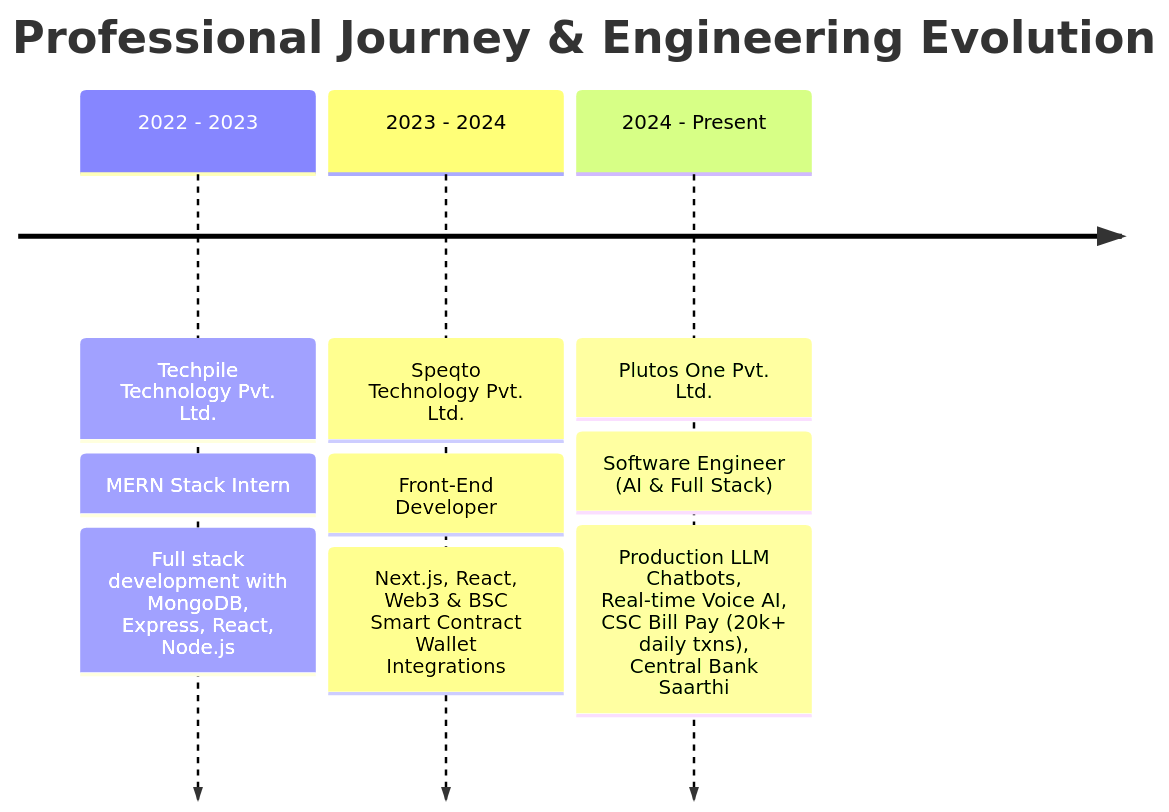
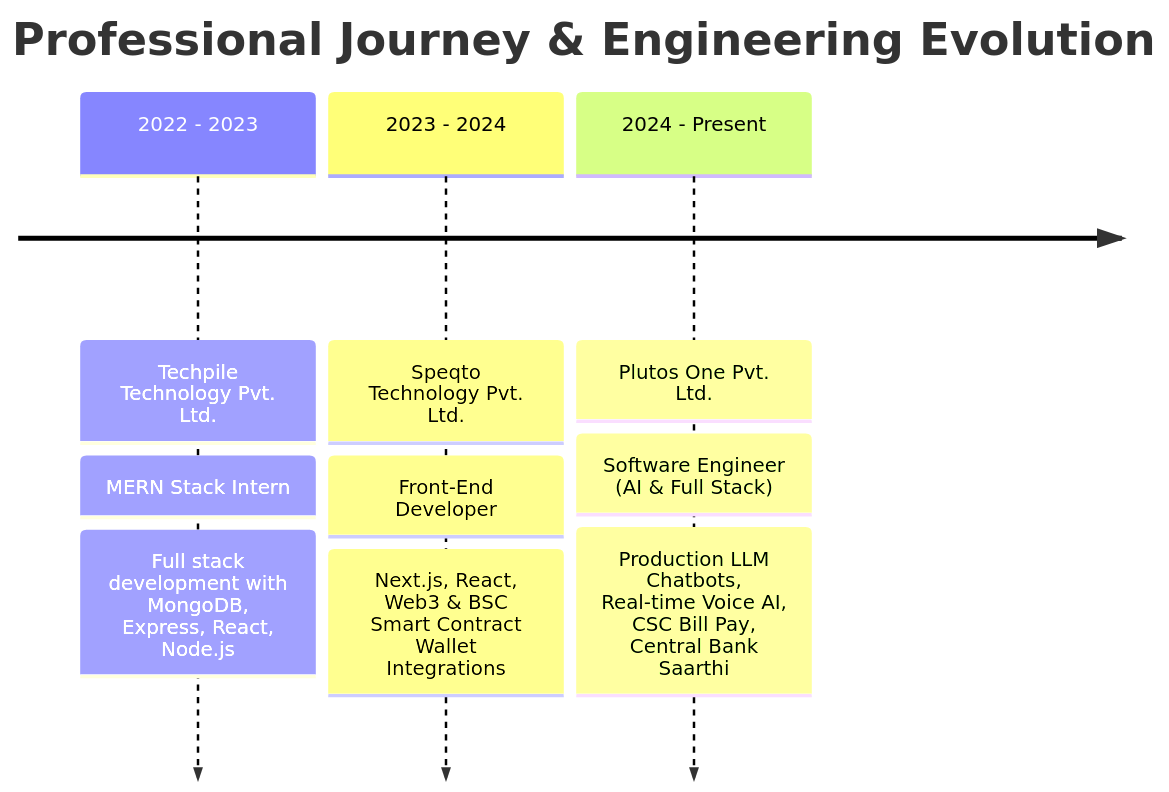
One commit to satishchaubey/satishchaubey changed the third of 3 diagrams in README.md. Above: the diagram before and after it, drawn with Mermaid. The commit also changed other lines of this file and 1 other file, not shown here.

Commit message:
chore: remove 20K daily transaction references across banner and README

````diff
--- a/README.md
+++ b/README.md
@@ -251,7 +251,7 @@
 ```mermaid
 timeline
     title Professional Journey & Engineering Evolution
     2022 - 2023 : Techpile Technology Pvt. Ltd. : MERN Stack Intern : Full stack development with MongoDB, Express, React, Node.js
     2023 - 2024 : Speqto Technology Pvt. Ltd. : Front-End Developer : Next.js, React, Web3 & BSC Smart Contract Wallet Integrations
-    2024 - Present : Plutos One Pvt. Ltd. : Software Engineer (AI & Full Stack) : Production LLM Chatbots, Real-time Voice AI, CSC Bill Pay (20k+ daily txns), Central Bank Saarthi
+    2024 - Present : Plutos One Pvt. Ltd. : Software Engineer (AI & Full Stack) : Production LLM Chatbots, Real-time Voice AI, CSC Bill Pay, Central Bank Saarthi
 ```
````
